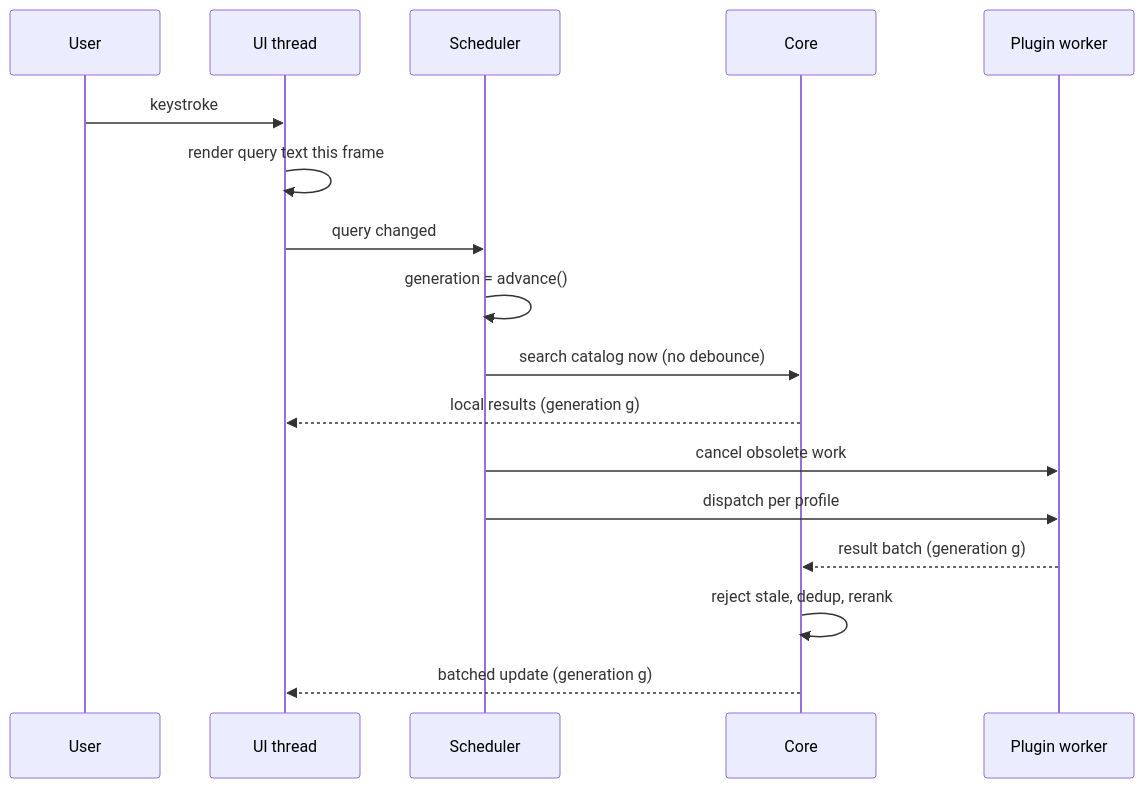
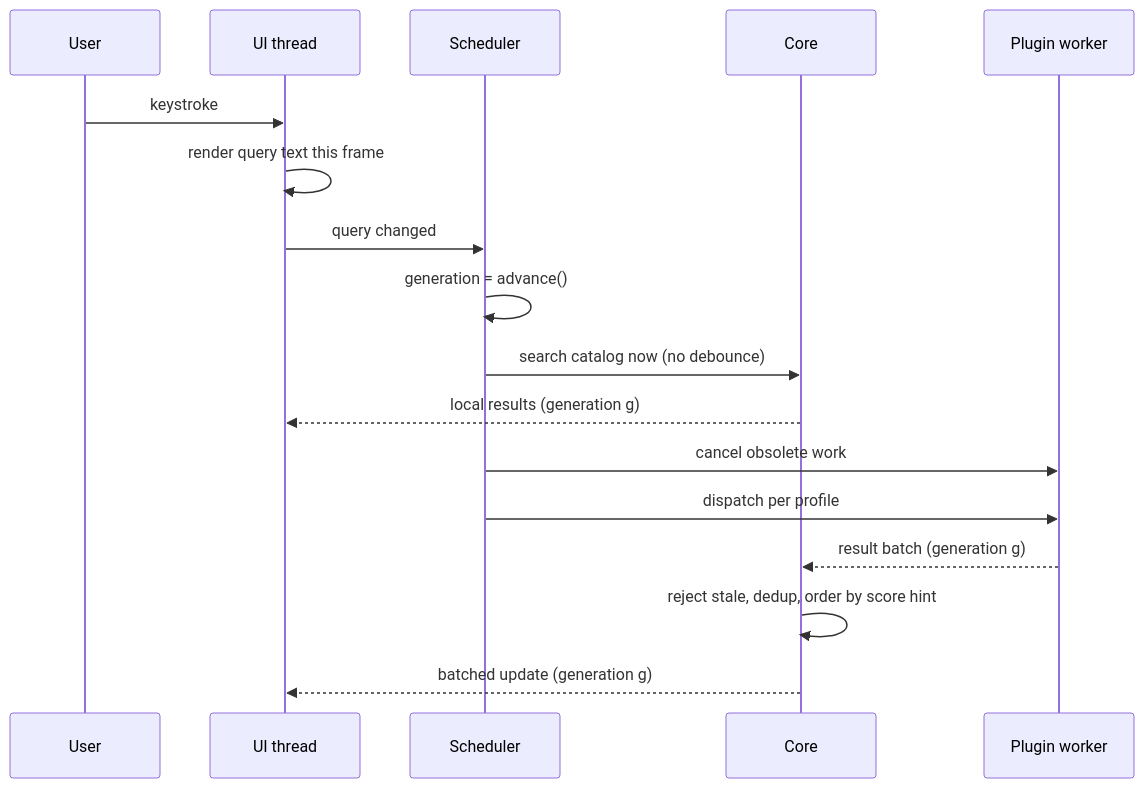
The second of 2 diagrams in docs/architecture.md (yichenchong/CriKey), drawn with Mermaid before and after one commit. The commit also changed other lines of this file, not shown here.

````diff
--- a/docs/architecture.md
+++ b/docs/architecture.md
@@ -45,19 +45,19 @@
 ```mermaid
 sequenceDiagram
   participant U as User
   participant UI as UI thread
   participant S as Scheduler
   participant C as Core
   participant P as Plugin worker
   U->>UI: keystroke
   UI->>UI: render query text this frame
   UI->>S: query changed
   S->>S: generation = advance()
   S->>C: search catalog now (no debounce)
   C-->>UI: local results (generation g)
   S->>P: cancel obsolete work
   S->>P: dispatch per profile
   P-->>C: result batch (generation g)
-  C->>C: reject stale, dedup, rerank
+  C->>C: reject stale, dedup, order by score hint
   C-->>UI: batched update (generation g)
 ```
````
